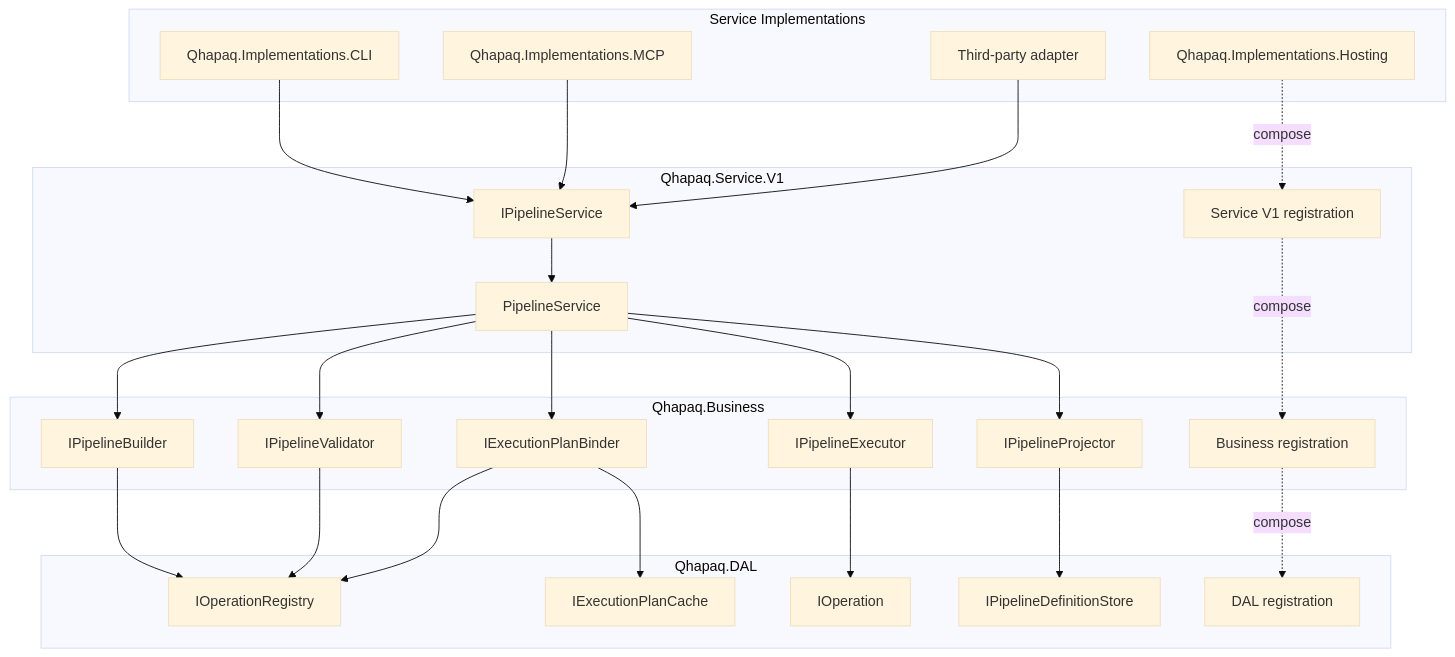
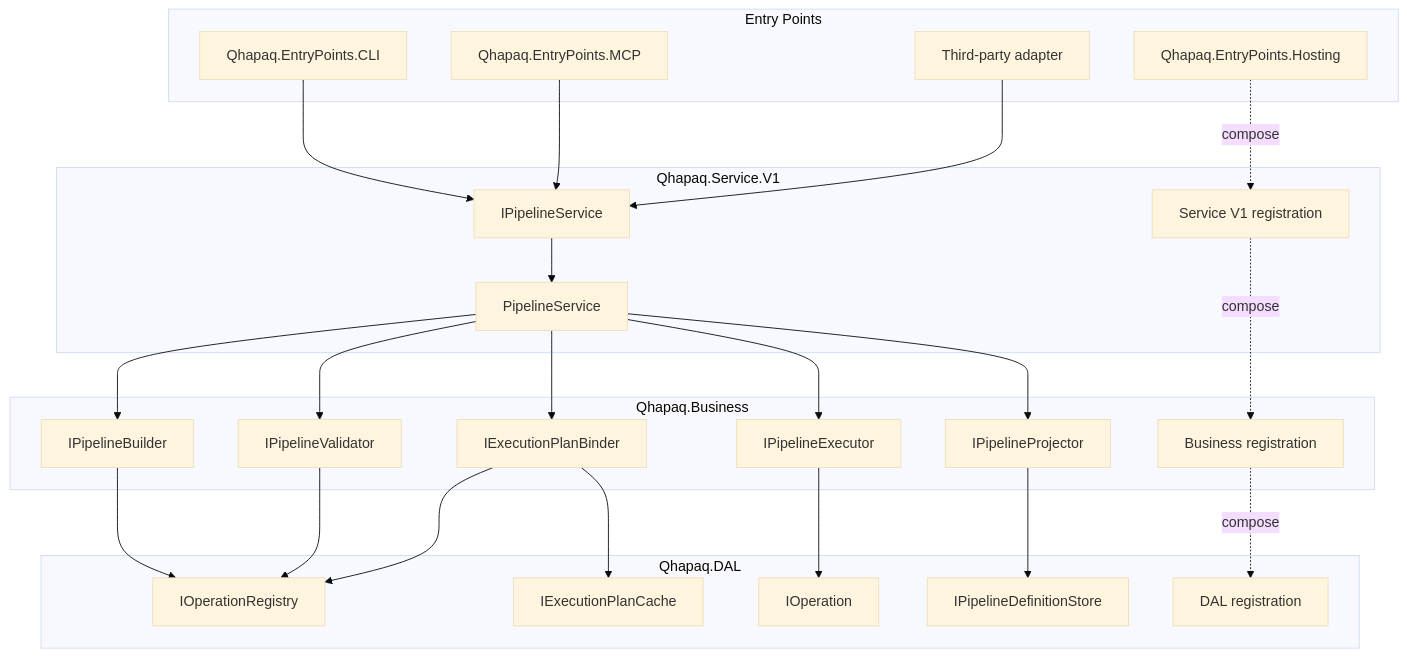
The diagram in specs/0006-dotnet-layered-architecture.md (mbraude/Qhapaq), drawn with Mermaid (base theme) before and after one commit. The commit also changed other lines of this file and 9 other files, not shown here.

````diff
--- a/specs/0006-dotnet-layered-architecture.md
+++ b/specs/0006-dotnet-layered-architecture.md
@@ -339,51 +342,51 @@
 ```mermaid
 flowchart TB
-    subgraph SI["Service Implementations"]
-        CLI["Qhapaq.Implementations.CLI"]
-        MCP["Qhapaq.Implementations.MCP"]
+    subgraph SI["Entry Points"]
+        CLI["Qhapaq.EntryPoints.CLI"]
+        MCP["Qhapaq.EntryPoints.MCP"]
         THIRD["Third-party adapter"]
-        HOSTING["Qhapaq.Implementations.Hosting"]
+        HOSTING["Qhapaq.EntryPoints.Hosting"]
     end
 
     subgraph SC["Qhapaq.Service.V1"]
         SCOMP["Service V1 registration"]
         API["IPipelineService"]
         SERVICE["PipelineService"]
     end
 
     subgraph BC["Qhapaq.Business"]
         BCOMP["Business registration"]
         BUILDER["IPipelineBuilder"]
         VALIDATOR["IPipelineValidator"]
         BINDER["IExecutionPlanBinder"]
         EXECUTOR["IPipelineExecutor"]
         PROJECTOR["IPipelineProjector"]
     end
 
     subgraph DC["Qhapaq.DAL"]
         DCOMP["DAL registration"]
         REGISTRY["IOperationRegistry"]
         STORE["IPipelineDefinitionStore"]
         CACHE["IExecutionPlanCache"]
         OPERATION["IOperation<TInput,TOutput>"]
     end
 
     CLI --> API
     MCP --> API
     THIRD --> API
     API --> SERVICE
     SERVICE --> BUILDER
     SERVICE --> VALIDATOR
     SERVICE --> BINDER
     SERVICE --> EXECUTOR
     SERVICE --> PROJECTOR
     BUILDER --> REGISTRY
     VALIDATOR --> REGISTRY
     BINDER --> REGISTRY
     BINDER --> CACHE
     EXECUTOR --> OPERATION
     PROJECTOR --> STORE
     HOSTING -. "compose" .-> SCOMP
     SCOMP -. "compose" .-> BCOMP
     BCOMP -. "compose" .-> DCOMP
 ```
````
